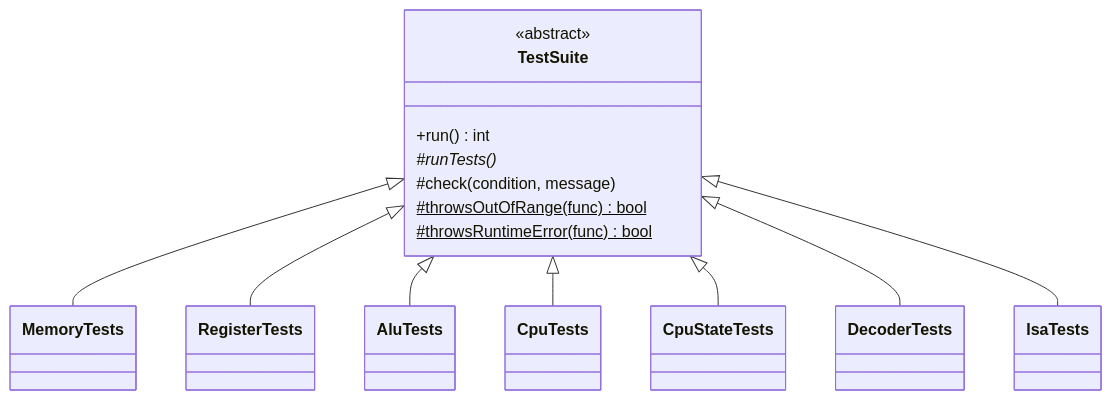
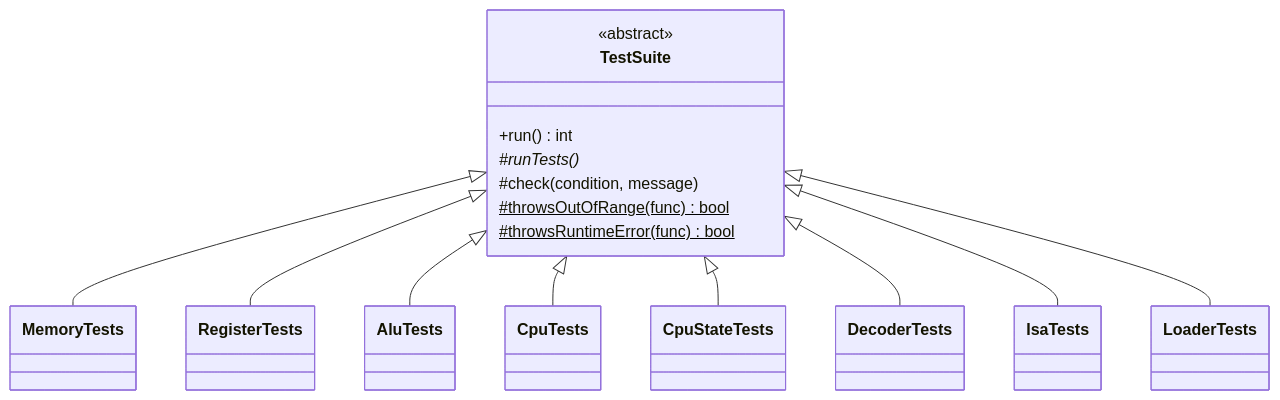
One commit to kpolet2010-hue/CoreSim changed the first of 2 diagrams in docs/TESTING.md. Above: the diagram before and after it, drawn with Mermaid. The commit also changed other lines of this file and 4 other files, not shown here.

````diff
--- a/docs/TESTING.md
+++ b/docs/TESTING.md
@@ -32,18 +33,19 @@
 ```mermaid
 classDiagram
     class TestSuite {
         <<abstract>>
         +run() int
         #runTests()*
         #check(condition, message)
         #throwsOutOfRange(func)$ bool
         #throwsRuntimeError(func)$ bool
     }
     TestSuite <|-- MemoryTests
     TestSuite <|-- RegisterTests
     TestSuite <|-- AluTests
     TestSuite <|-- CpuTests
     TestSuite <|-- CpuStateTests
     TestSuite <|-- DecoderTests
     TestSuite <|-- IsaTests
+    TestSuite <|-- LoaderTests
 ```
````
